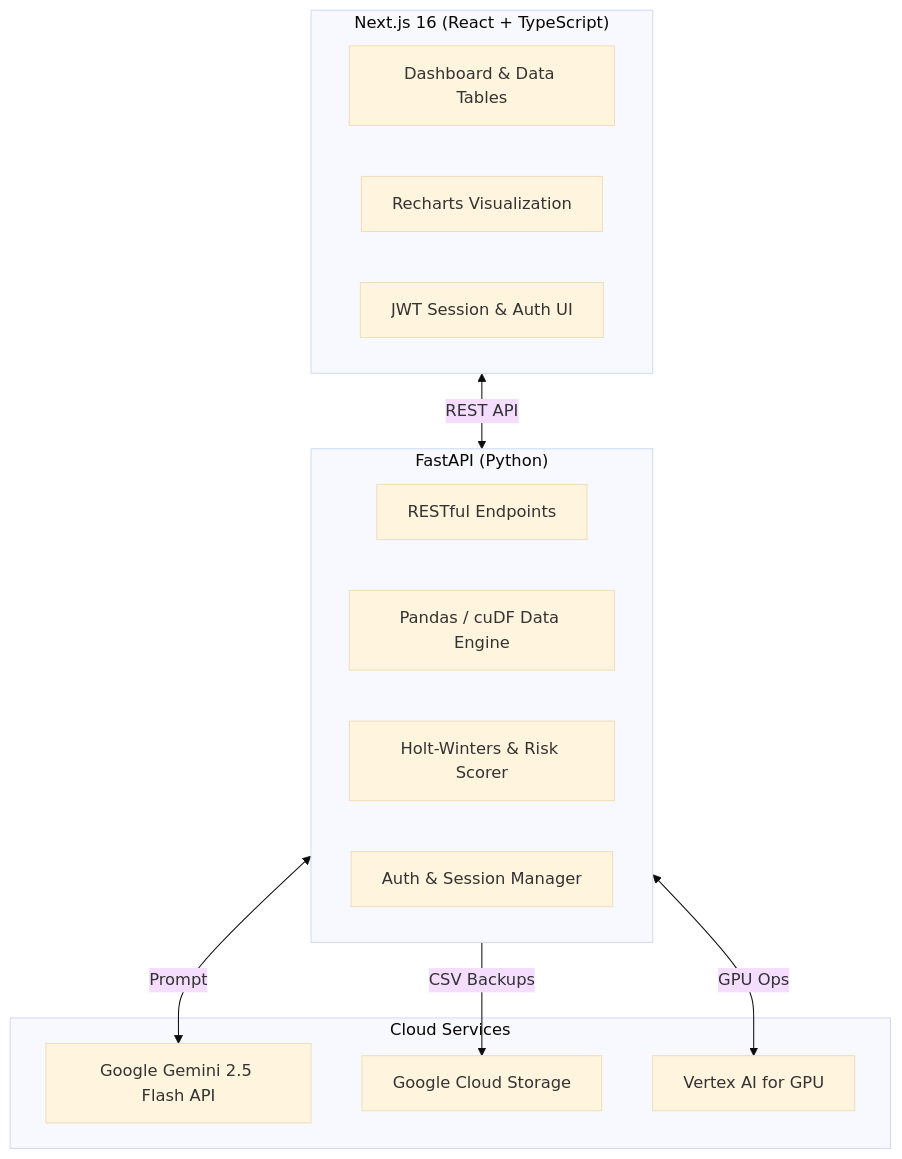
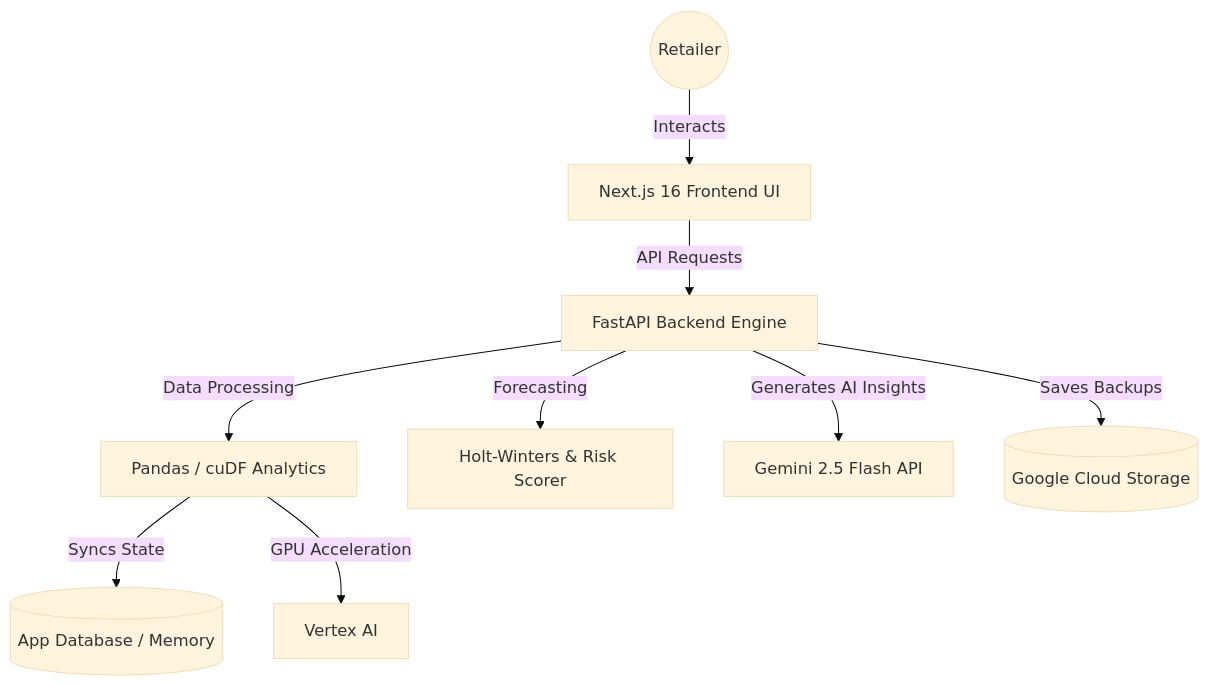
One commit to MOHDUBES/Stockwise-AI changed the diagram in README.md. Above: the diagram before and after it, drawn with Mermaid (base theme).

Commit message:
style: update architecture diagram to top-down hierarchical flow

````diff
--- a/README.md
+++ b/README.md
@@ -36,26 +38,16 @@
 ```mermaid
 graph TD
-    subgraph Frontend ["Next.js 16 (React + TypeScript)"]
-        UI["Dashboard & Data Tables"]
-        Charts["Recharts Visualization"]
-        AuthUI["JWT Session & Auth UI"]
-    end
+    User((Retailer))
 
-    subgraph Backend ["FastAPI (Python)"]
-        API["RESTful Endpoints"]
-        Analytics["Pandas / cuDF Data Engine"]
-        ML["Holt-Winters & Risk Scorer"]
-        AuthAPI["Auth & Session Manager"]
-    end
-
-    subgraph External ["Cloud Services"]
-        Gemini["Google Gemini 2.5 Flash API"]
-        GCS["Google Cloud Storage"]
-        Vertex["Vertex AI for GPU"]
-    end
-
-    Frontend <-->|"REST API"| Backend
-    Backend <-->|"Prompt"| Gemini
-    Backend -->|"CSV Backups"| GCS
-    Backend <-->|"GPU Ops"| Vertex
+    User -->|"Interacts"| Frontend["Next.js 16 Frontend UI"]
+    
+    Frontend -->|"API Requests"| Backend["FastAPI Backend Engine"]
+    
+    Backend -->|"Data Processing"| Analytics["Pandas / cuDF Analytics"]
+    Backend -->|"Forecasting"| ML["Holt-Winters & Risk Scorer"]
+    Backend -->|"Generates AI Insights"| Gemini["Gemini 2.5 Flash API"]
+    
+    Analytics -->|"Syncs State"| DB[("App Database / Memory")]
+    Backend -->|"Saves Backups"| GCS[("Google Cloud Storage")]
+    Analytics -->|"GPU Acceleration"| Vertex["Vertex AI"]
 ```
````
